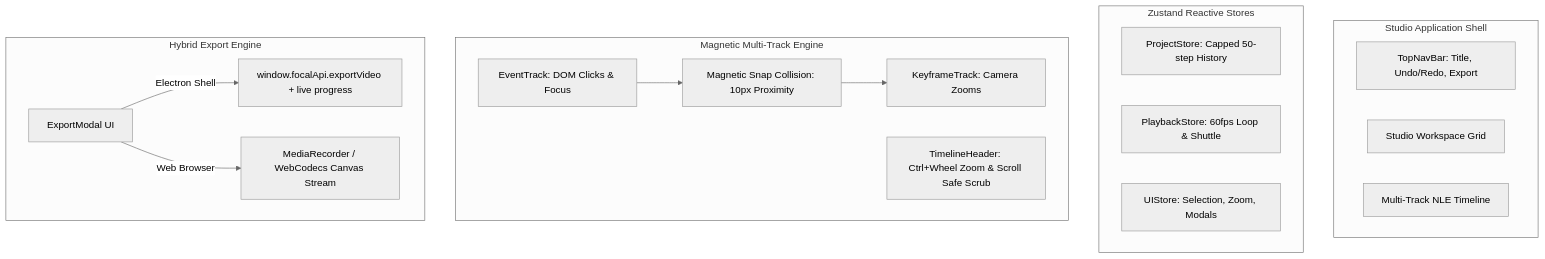
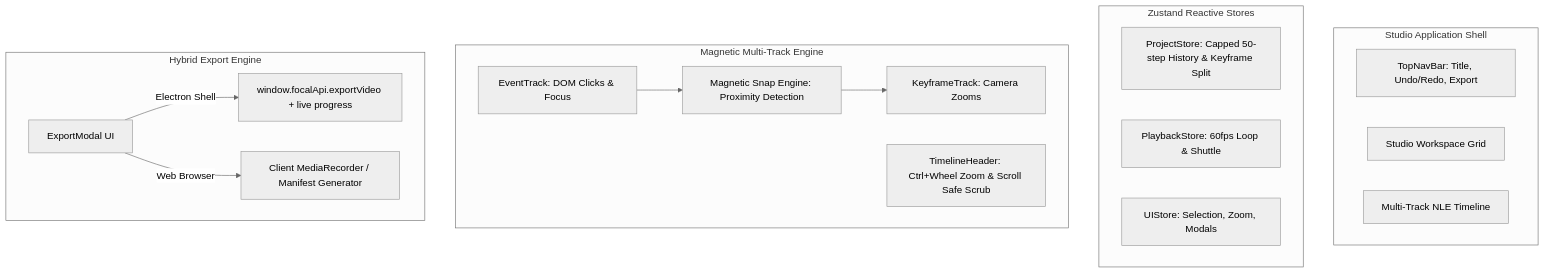
One commit to dhaatrik/focal-dom changed the diagram in TODO/Improve_Studio.md. Above: the diagram before and after it, drawn with Mermaid (neutral theme). The commit also changed other lines of this file, not shown here.

Commit message:
docs(plan): refine Improve_Studio roadmap with granular phases and subphase checklists

````diff
--- a/TODO/Improve_Studio.md
+++ b/TODO/Improve_Studio.md
@@ -69,26 +69,26 @@
 ```mermaid
 flowchart TD
     subgraph UI_Shell [Studio Application Shell]
         NAV[TopNavBar: Title, Undo/Redo, Export]
         WORKSPACE[Studio Workspace Grid]
         TIMELINE[Multi-Track NLE Timeline]
     end
 
     subgraph State_Management [Zustand Reactive Stores]
-        P_STORE[ProjectStore: Capped 50-step History]
+        P_STORE[ProjectStore: Capped 50-step History & Keyframe Split]
         PB_STORE[PlaybackStore: 60fps Loop & Shuttle]
         UI_STORE[UIStore: Selection, Zoom, Modals]
     end
 
     subgraph Timeline_Engine [Magnetic Multi-Track Engine]
-        SNAP[Magnetic Snap Collision: 10px Proximity] --> KF_TRACK[KeyframeTrack: Camera Zooms]
+        SNAP[Magnetic Snap Engine: Proximity Detection] --> KF_TRACK[KeyframeTrack: Camera Zooms]
         EVENT_TRACK[EventTrack: DOM Clicks & Focus] --> SNAP
         RULER[TimelineHeader: Ctrl+Wheel Zoom & Scroll Safe Scrub]
     end
 
     subgraph Export_Pipeline [Hybrid Export Engine]
         MODAL[ExportModal UI]
         MODAL -->|Electron Shell| IPC_EXP[window.focalApi.exportVideo + live progress]
-        MODAL -->|Web Browser| WEB_EXP[MediaRecorder / WebCodecs Canvas Stream]
+        MODAL -->|Web Browser| WEB_EXP[Client MediaRecorder / Manifest Generator]
     end
 ```
````
